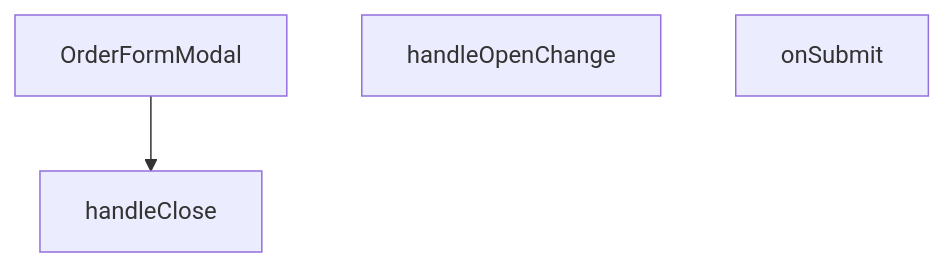
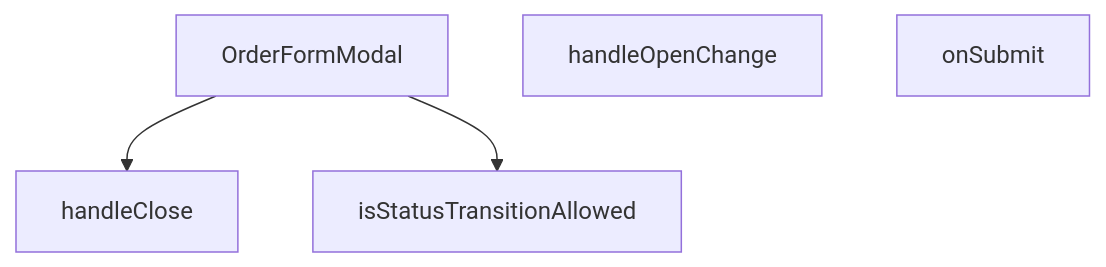
One commit to peckop/venthub-hvac-esite changed the diagram in src/components/admin/orders/OrderFormModal.md. Above: the diagram before and after it, drawn with Mermaid. The commit also changed other lines of this file and 5 other files, not shown here.

Commit message:
fix(admin): order status edit forward-only (monoton guard) — geri/terminal-sonrası değişim engellendi

````diff
--- a/src/components/admin/orders/OrderFormModal.md
+++ b/src/components/admin/orders/OrderFormModal.md
@@ -243,8 +292,10 @@
 ```mermaid
 graph TD
     OrderFormModal_tsx__OrderFormModal["OrderFormModal"]
     OrderFormModal_tsx__handleClose["handleClose"]
     OrderFormModal_tsx__handleOpenChange["handleOpenChange"]
+    OrderFormModal_tsx__isStatusTransitionAllowed["isStatusTransitionAllowed"]
     OrderFormModal_tsx__onSubmit["onSubmit"]
     OrderFormModal_tsx__OrderFormModal --> OrderFormModal_tsx__handleClose
+    OrderFormModal_tsx__OrderFormModal --> OrderFormModal_tsx__isStatusTransitionAllowed
 ```
````
